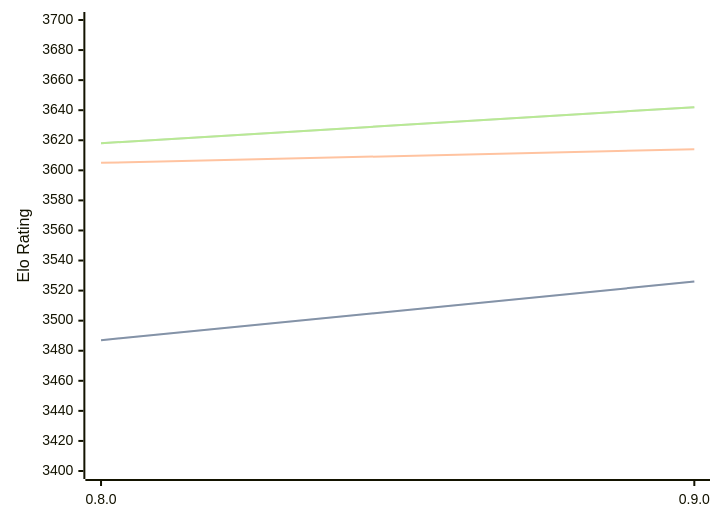
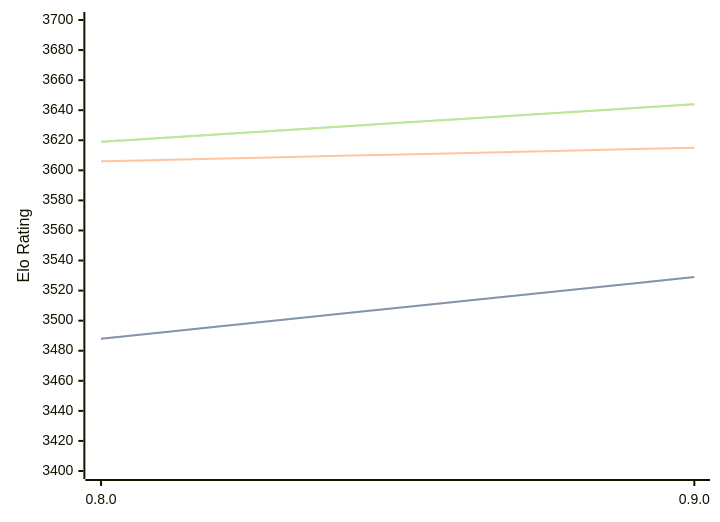
The diagram in engines/Reckless.md (computer-chess-index/cci), drawn with Mermaid before and after one commit. The commit also changed other lines of this file, not shown here.

Commit message:
Update CCI Ratings (ELO VLTC) - 2026-05-06

````diff
--- a/engines/Reckless.md
+++ b/engines/Reckless.md
@@ -39,11 +39,11 @@
 ```mermaid
 %%{init: {"theme":"base","themeVariables":{"seriesColors:['#a3a3a3','#222221','#faa371']}}}%%
 xychart-beta
   x-axis ["0.8.0", "0.9.0"]
   y-axis "Elo Rating" 3400 --> 3700
-  line "STC (8.0+0.08s)" [3487, 3526]
-  line "STC (8.0+0.08s)" [3487, 3526]
-  line "LTC (60.0+0.60s)" [3605, 3614]
-  line "VLTC (2m24s+1.12s)" [3618, 3642]
-  line "VLTC (2m24s+1.12s)" [3618, 3642]
+  line "STC (8.0+0.08s)" [3488, 3529]
+  line "STC (8.0+0.08s)" [3488, 3529]
+  line "LTC (60.0+0.60s)" [3606, 3615]
+  line "VLTC (2m24s+1.12s)" [3619, 3644]
+  line "VLTC (2m24s+1.12s)" [3619, 3644]
 ```
````
